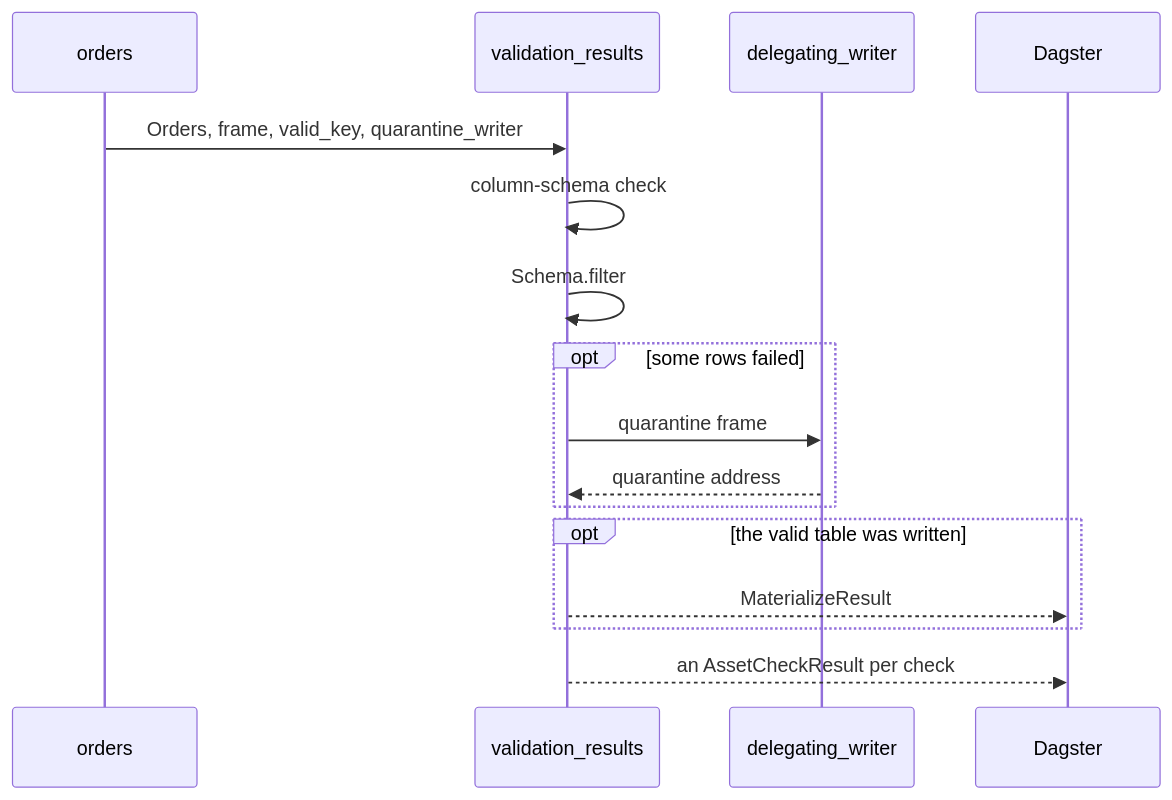
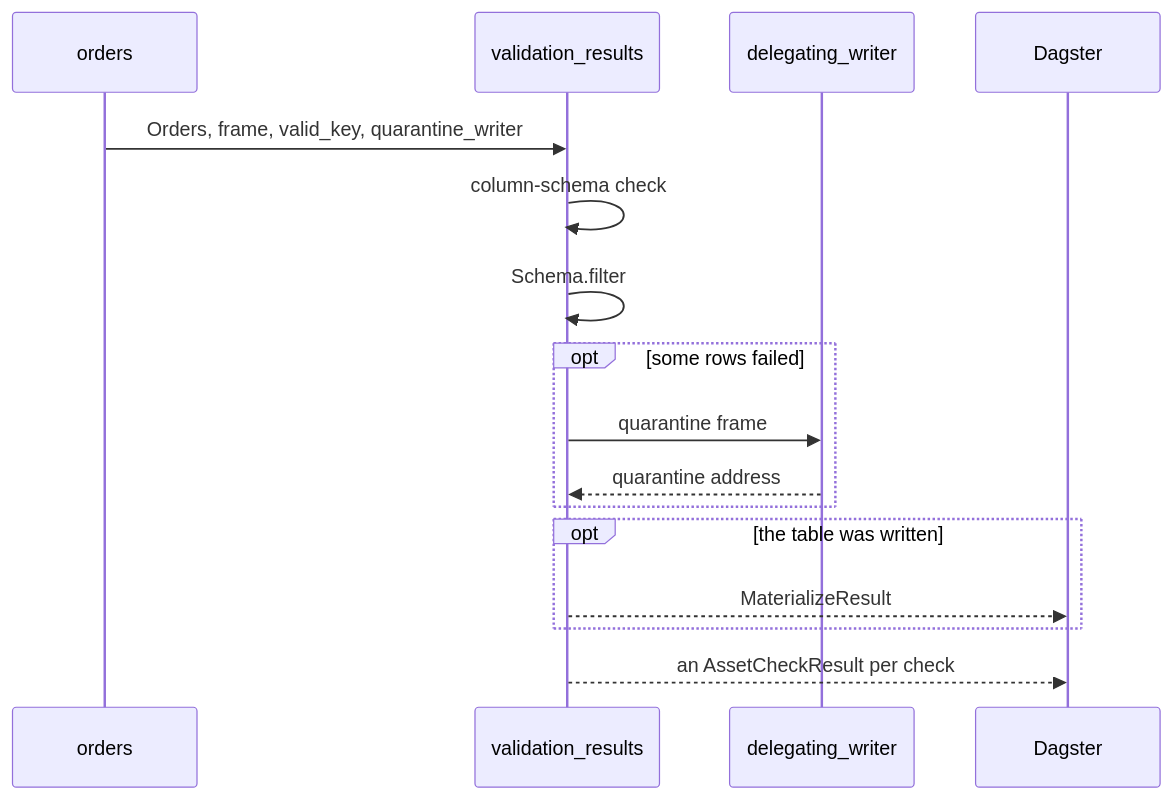
The second of 2 diagrams in user_guide/hand-wiring.qmd (ozanozbeker/dagster-dataframely), drawn with Mermaid before and after one commit. The commit also changed other lines of this file and 46 other files, not shown here.

````diff
--- a/user_guide/hand-wiring.qmd
+++ b/user_guide/hand-wiring.qmd
@@ -133,19 +133,19 @@
 ```{mermaid}
 %%| label: hand-wiring-sequence
 sequenceDiagram
     participant A as orders
     participant V as validation_results
     participant W as delegating_writer
     participant D as Dagster
     A->>V: Orders, frame, valid_key, quarantine_writer
     V->>V: column-schema check
     V->>V: Schema.filter
     opt some rows failed
         V->>W: quarantine frame
         W-->>V: quarantine address
     end
-    opt the valid table was written
+    opt the table was written
         V-->>D: MaterializeResult
     end
     V-->>D: an AssetCheckResult per check
 ```
````
